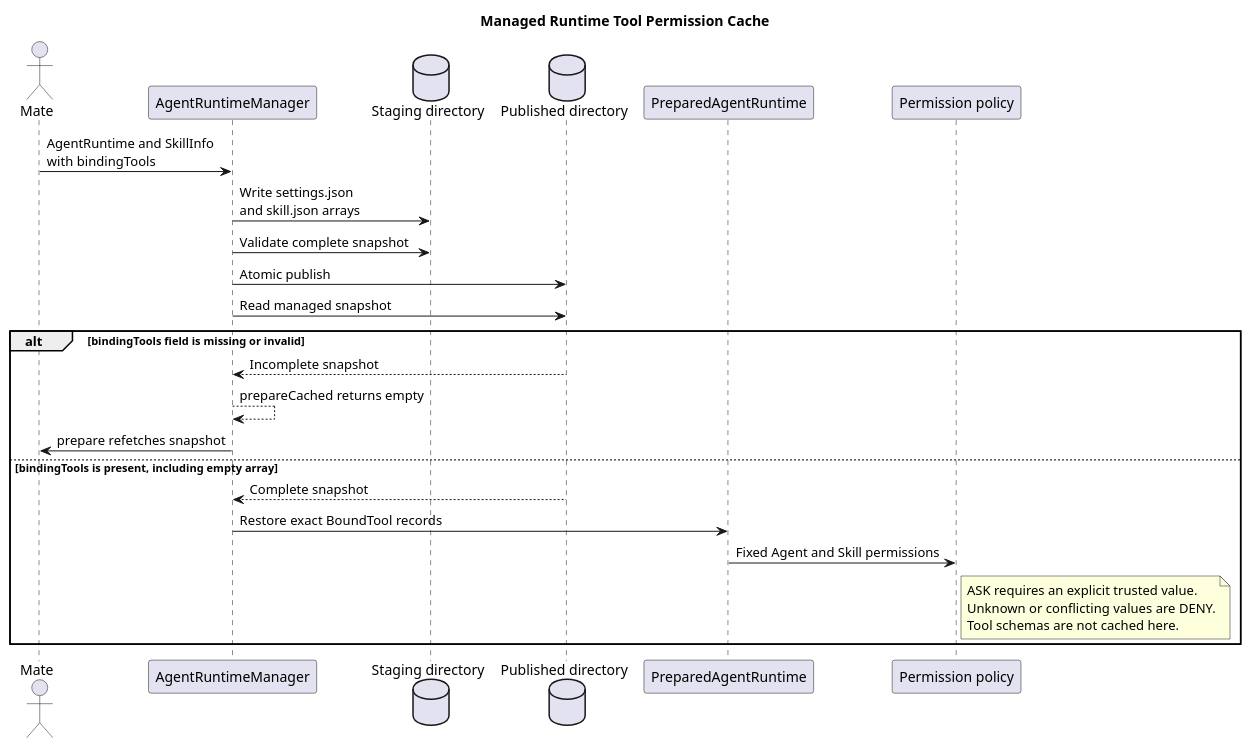
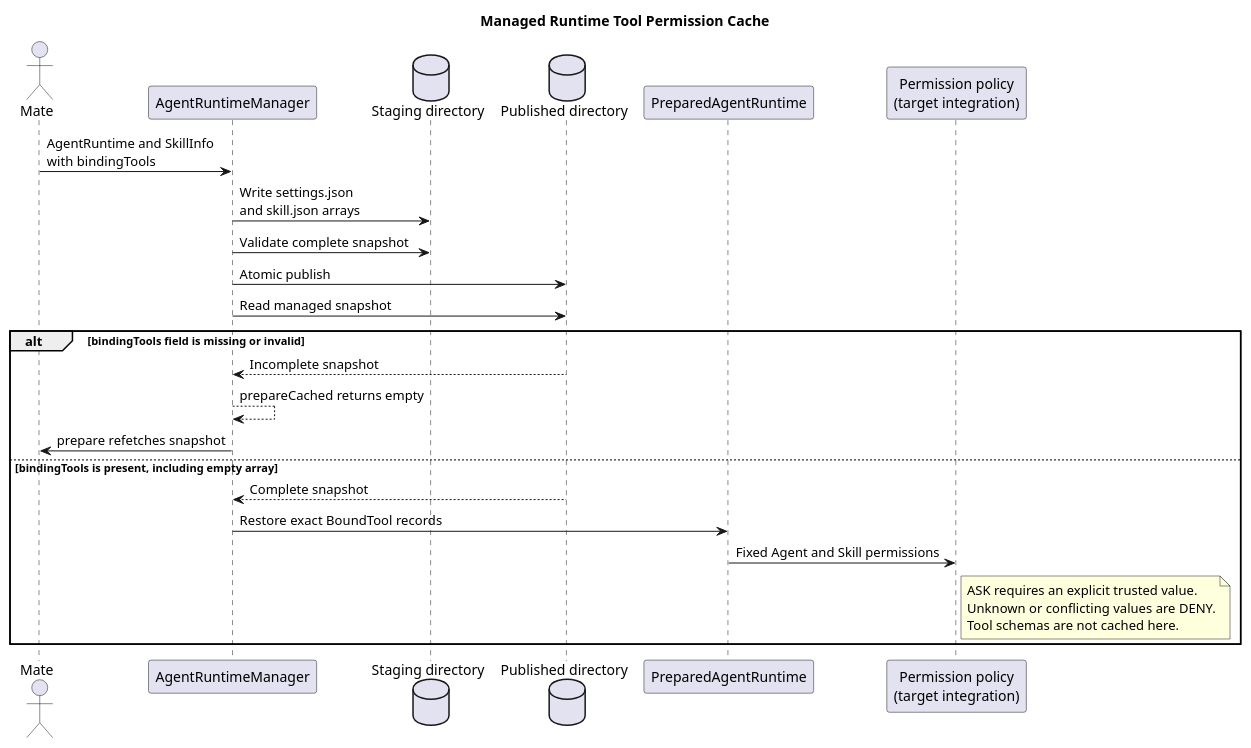
The diagram in docs/designs/agent-tool-permission-cache/diagram.puml (2862282695gjh-afk/pi-mono-java), drawn with PlantUML before and after one commit. The commit also changed 6 other files, not shown here.

```diff
--- a/docs/designs/agent-tool-permission-cache/diagram.puml
+++ b/docs/designs/agent-tool-permission-cache/diagram.puml
@@ -1,39 +1,40 @@
 @startuml agent_tool_permission_cache
 title Managed Runtime Tool Permission Cache
 ' Source baseline: pi-mono-java@80ca6cc96d35fef2aa86bbd032a980945db4ecbd.
 ' Source evidence: modules/coding-agent-cli/src/main/java/com/campusclaw/codingagent/runtime/MateServiceClient.java AgentRuntime, SkillInfo, BoundTool.
 ' Source evidence: modules/coding-agent-cli/src/main/java/com/campusclaw/codingagent/runtime/AgentRuntimeManager.java writeSkills, loadSkill, toSettings, toRuntime, validSettings, validCachedSkill.
 ' Implementation commit: pi-mono-java@2b76bbf9.
+' Pi source evidence: packages/agent/src/agent-loop.ts runAgentLoop and prepareToolCall use in-process context and hooks.
 ' Pi baseline: pi-mono@4af9d21d3b4d664e4a29fcabfec85171077248e3 has no matching managed permission cache.
 ' Observed behavior: the source baseline discarded Agent and Skill bindingTools while writing and loading the managed snapshot.
 ' Security hardening: missing permission fields invalidate the snapshot, while explicit empty arrays remain valid.
 ' Design reason: a trusted fixed permission snapshot must survive publication, cache hits, and process restarts.
 
 actor Mate
 participant AgentRuntimeManager as Manager
 database "Staging directory" as Staging
 database "Published directory" as Cache
 participant PreparedAgentRuntime as Prepared
-participant "Permission policy" as Policy
+participant "Permission policy\n(target integration)" as Policy
 
 Mate -> Manager: AgentRuntime and SkillInfo\nwith bindingTools
 Manager -> Staging: Write settings.json\nand skill.json arrays
 Manager -> Staging: Validate complete snapshot
 Manager -> Cache: Atomic publish
 
 Manager -> Cache: Read managed snapshot
 alt bindingTools field is missing or invalid
     Cache --> Manager: Incomplete snapshot
     Manager --> Manager: prepareCached returns empty
     Manager -> Mate: prepare refetches snapshot
 else bindingTools is present, including empty array
     Cache --> Manager: Complete snapshot
     Manager -> Prepared: Restore exact BoundTool records
     Prepared -> Policy: Fixed Agent and Skill permissions
     note right of Policy
       ASK requires an explicit trusted value.
       Unknown or conflicting values are DENY.
       Tool schemas are not cached here.
     end note
 end
 @enduml
```
